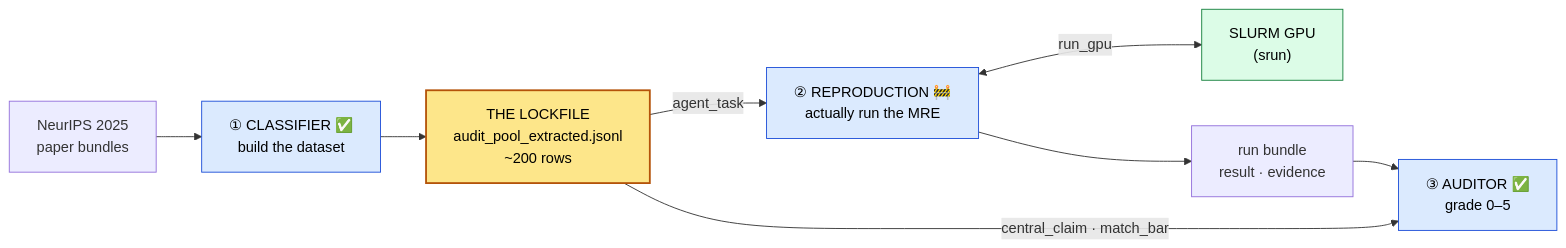
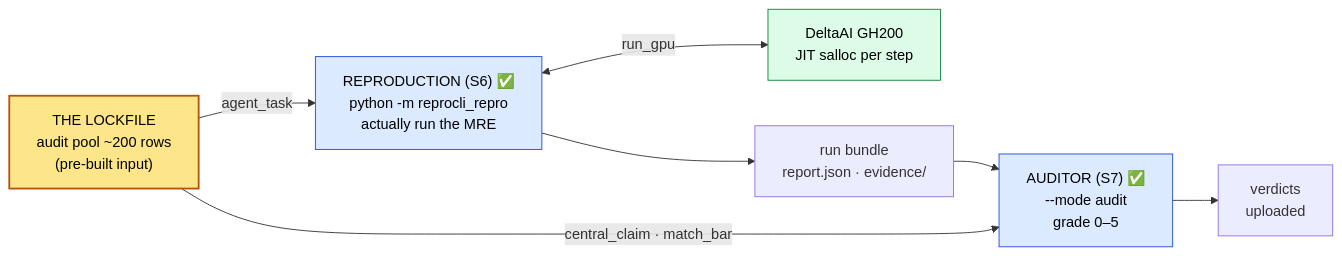
One commit to mithils3/reprocli changed the diagram in docs/index.md. Above: the diagram before and after it, drawn with Mermaid. The commit also changed other lines of this file and 6 other files, not shown here.

````diff
--- a/docs/index.md
+++ b/docs/index.md
@@ -9,20 +11,18 @@
 ```mermaid
 flowchart LR
   classDef lock fill:#fde68a,stroke:#b45309,stroke-width:2px,color:#000;
   classDef llm  fill:#dbeafe,stroke:#1d4ed8,color:#000;
   classDef gpu  fill:#dcfce7,stroke:#15803d,color:#000;
 
-  A["NeurIPS 2025<br/>paper bundles"]
-  CL["① CLASSIFIER ✅<br/>build the dataset"]:::llm
-  LOCK["THE LOCKFILE<br/>audit_pool_extracted.jsonl<br/>~200 rows"]:::lock
-  RA["② REPRODUCTION 🚧<br/>actually run the MRE"]:::llm
-  GPU["SLURM GPU<br/>(srun)"]:::gpu
-  BUN["run bundle<br/>result · evidence"]
-  AU["③ AUDITOR ✅<br/>grade 0–5"]:::llm
+  LOCK["THE LOCKFILE<br/>audit pool ~200 rows<br/>(pre-built input)"]:::lock
+  RA["REPRODUCTION (S6) ✅<br/>python -m reprocli_repro<br/>actually run the MRE"]:::llm
+  GPU["DeltaAI GH200<br/>JIT salloc per step"]:::gpu
+  BUN["run bundle<br/>report.json · evidence/"]
+  AU["AUDITOR (S7) ✅<br/>--mode audit<br/>grade 0–5"]:::llm
+  UP["verdicts<br/>uploaded"]
 
-  A --> CL --> LOCK
   LOCK -->|agent_task| RA <-->|run_gpu| GPU
   RA --> BUN
   LOCK -->|central_claim · match_bar| AU
-  BUN --> AU
+  BUN --> AU --> UP
 ```
````
